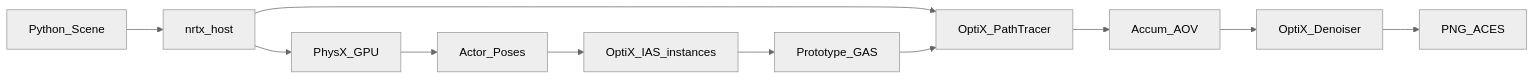
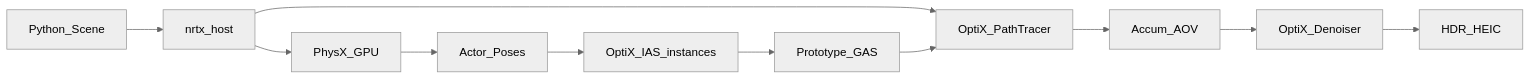
The diagram in docs/report/01-overview.md (goooxu/LumenCore), drawn with Mermaid (neutral theme) before and after one commit. The commit also changed other lines of this file and 8 other files, not shown here.

````diff
--- a/docs/report/01-overview.md
+++ b/docs/report/01-overview.md
@@ -18,13 +18,13 @@
 ```mermaid
 flowchart LR
   py[Python_Scene] --> host[nrtx_host]
   host --> px[PhysX_GPU]
   px --> poses[Actor_Poses]
   poses --> ias[OptiX_IAS_instances]
   ias --> gas[Prototype_GAS]
   host --> optix[OptiX_PathTracer]
   gas --> optix
   optix --> aov[Accum_AOV]
   aov --> denoise[OptiX_Denoiser]
-  denoise --> png[PNG_ACES]
+  denoise --> heic[HDR_HEIC]
 ```
````
